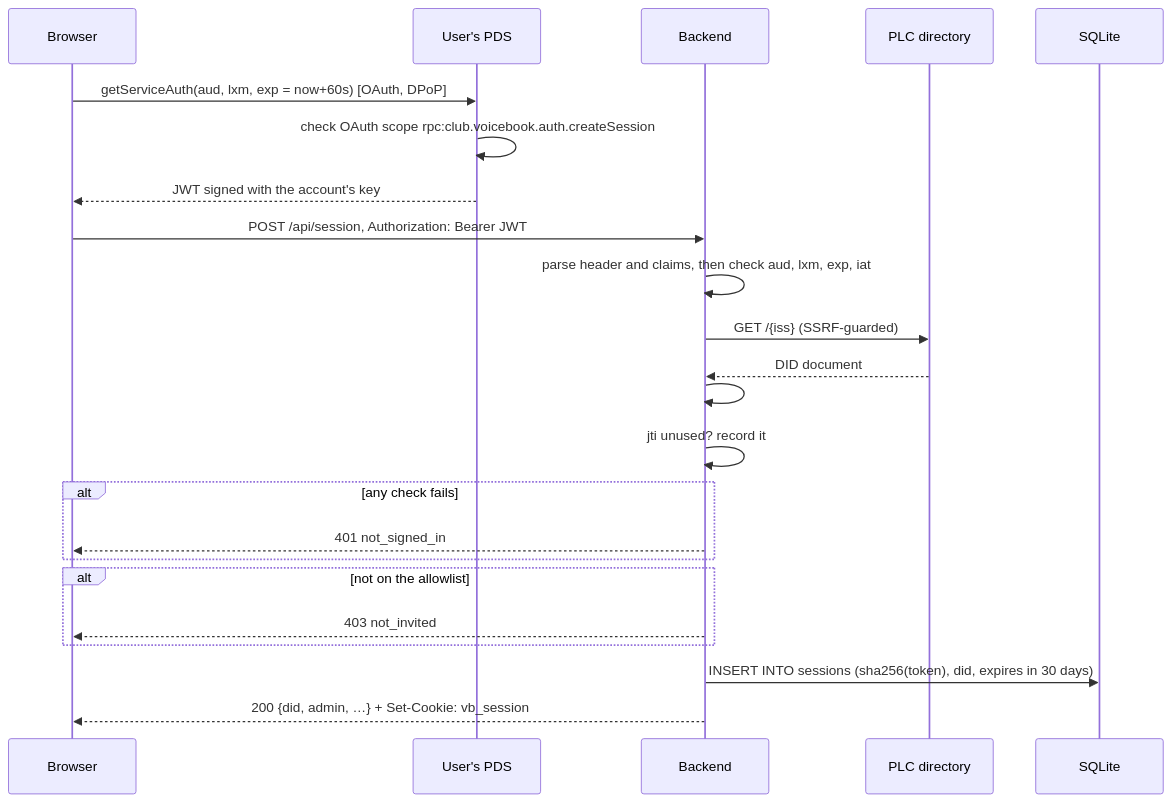
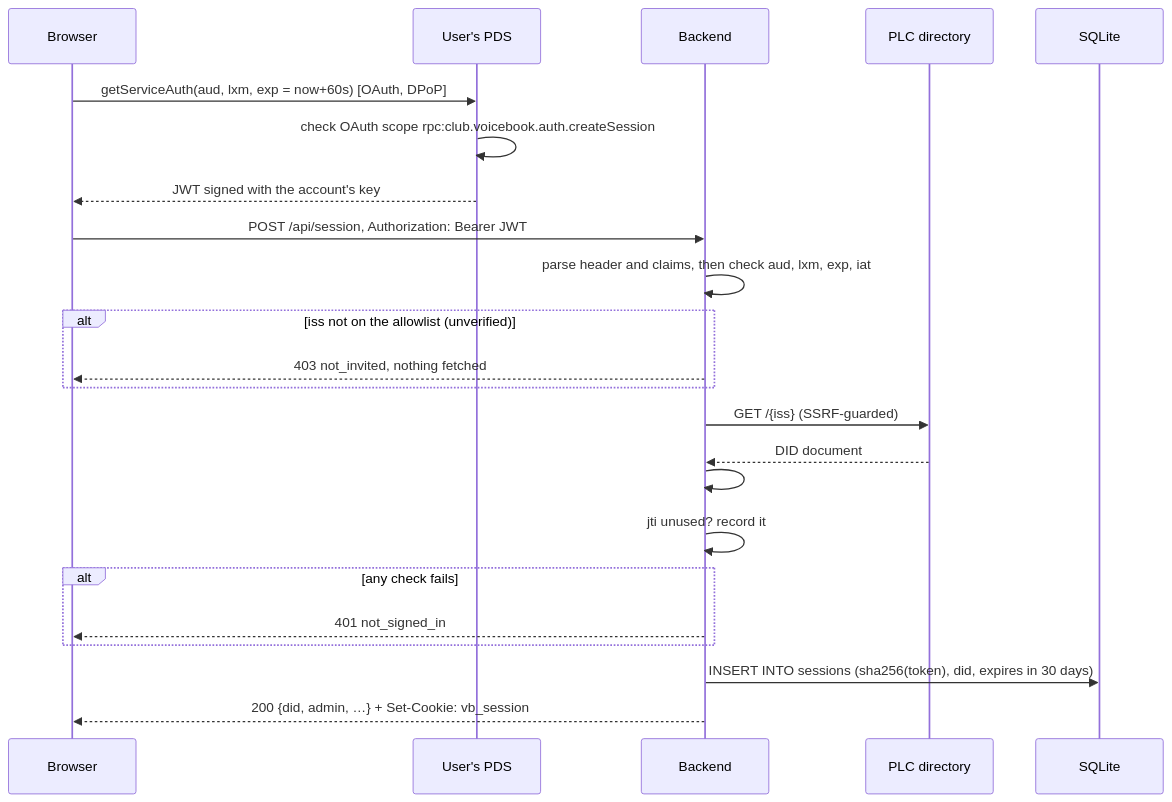
The diagram in docs/api/session-create.md (tessprime/voicebook.club), drawn with Mermaid before and after one commit. The commit also changed other lines of this file and 4 other files, not shown here.

````diff
--- a/docs/api/session-create.md
+++ b/docs/api/session-create.md
@@ -66,25 +67,25 @@
 ```mermaid
 sequenceDiagram
     participant B as Browser
     participant P as User's PDS
     participant A as Backend
     participant L as PLC directory
     participant D as SQLite
     B->>P: getServiceAuth(aud, lxm, exp = now+60s) [OAuth, DPoP]
     P->>P: check OAuth scope rpc:club.voicebook.auth.createSession
     P-->>B: JWT signed with the account's key
     B->>A: POST /api/session, Authorization: Bearer JWT
     A->>A: parse header and claims, then check aud, lxm, exp, iat
+    alt iss not on the allowlist (unverified)
+        A-->>B: 403 not_invited, nothing fetched
+    end
     A->>L: GET /{iss} (SSRF-guarded)
     L-->>A: DID document
     A->>A: #atproto key → verify signature (ES256K/ES256, low-S)
     A->>A: jti unused? record it
     alt any check fails
         A-->>B: 401 not_signed_in
     end
-    alt not on the allowlist
-        A-->>B: 403 not_invited
-    end
     A->>D: INSERT INTO sessions (sha256(token), did, expires in 30 days)
     A-->>B: 200 {did, admin, …} + Set-Cookie: vb_session
 ```
````
